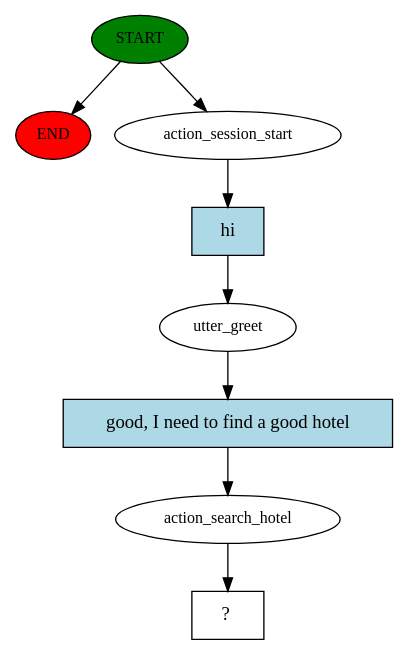
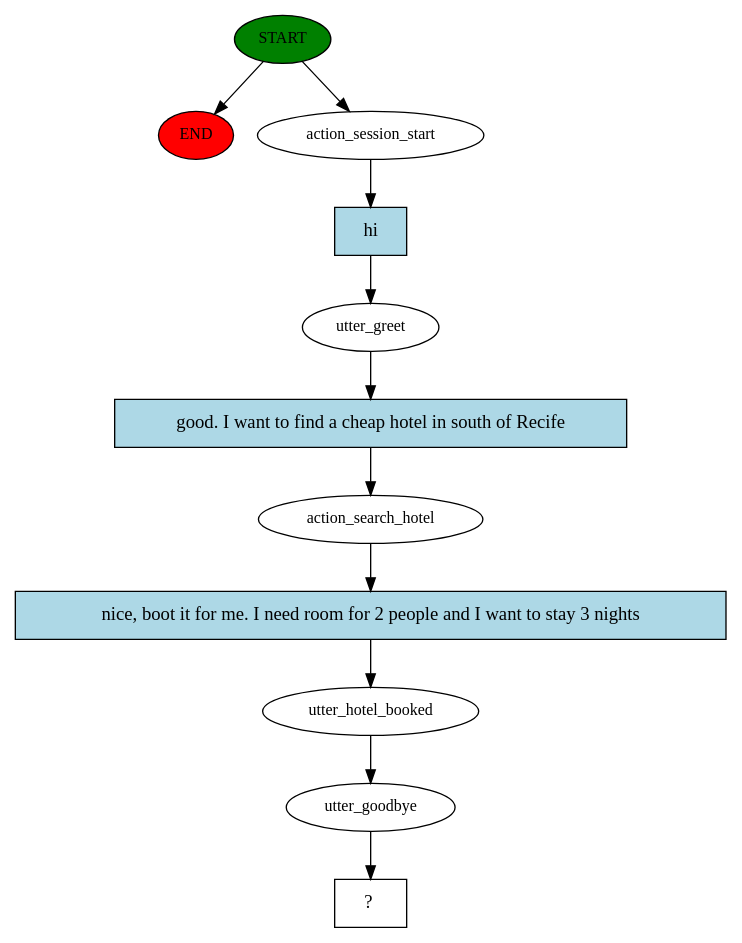
The diagram in rasa/story_graph.dot (Acesarsilva/Chatbot_for_Hotel_Service), drawn with Graphviz before and after one commit. The commit also changed 8 other files, not shown here.

```diff
--- a/rasa/story_graph.dot
+++ b/rasa/story_graph.dot
@@ -1,17 +1,23 @@
 digraph  {
 0 [class="start active", fillcolor=green, fontsize=12, label=START, style=filled];
 "-1" [class=end, fillcolor=red, fontsize=12, label=END, style=filled];
 1 [class=active, fontsize=12, label=action_session_start];
 2 [class=active, fontsize=12, label=utter_greet];
 3 [class=active, fontsize=12, label=action_search_hotel];
-4 [class="intent dashed active", label="  ?  ", shape=rect];
-5 [class="intent active", fillcolor=lightblue, label=hi, shape=rect, style=filled];
-6 [class="intent active", fillcolor=lightblue, label="good, I need to find a good hotel", shape=rect, style=filled];
+4 [class=active, fontsize=12, label=utter_hotel_booked];
+5 [class=active, fontsize=12, label=utter_goodbye];
+6 [class="intent dashed active", label="  ?  ", shape=rect];
+7 [class="intent active", fillcolor=lightblue, label=hi, shape=rect, style=filled];
+8 [class="intent active", fillcolor=lightblue, label="good. I want to find a cheap hotel in south of Recife", shape=rect, style=filled];
+9 [class="intent active", fillcolor=lightblue, label="nice, boot it for me. I need room for 2 people and I want to stay 3 nights", shape=rect, style=filled];
 0 -> "-1"  [class="", key=NONE, label=""];
 0 -> 1  [class=active, key=NONE, label=""];
-1 -> 5  [class=active, key=0];
-2 -> 6  [class=active, key=0];
-3 -> 4  [class=active, key=NONE, label=""];
-5 -> 2  [class=active, key=0];
-6 -> 3  [class=active, key=0];
+1 -> 7  [class=active, key=0];
+2 -> 8  [class=active, key=0];
+3 -> 9  [class=active, key=0];
+4 -> 5  [class=active, key=NONE, label=""];
+5 -> 6  [class=active, key=NONE, label=""];
+7 -> 2  [class=active, key=0];
+8 -> 3  [class=active, key=0];
+9 -> 4  [class=active, key=0];
 }
```
